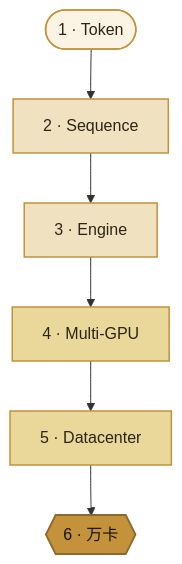
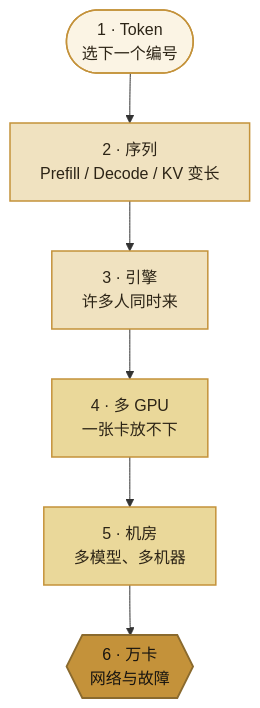
One commit to xiangel/llm-inference-course changed the fifth of 5 diagrams in src/content/docs/00-introduction.mdx. Above: the diagram before and after it, drawn with Mermaid. The commit also changed other lines of this file, not shown here.

````diff
--- a/src/content/docs/00-introduction.mdx
+++ b/src/content/docs/00-introduction.mdx
@@ -178,13 +327,13 @@
 ```mermaid
 flowchart TB
   classDef client fill:#fbf4e4,stroke:#c4923a,color:#2c2416,stroke-width:1.5px
   classDef control fill:#f0e2c0,stroke:#c4923a,color:#2c2416,stroke-width:1.5px
   classDef compute fill:#ead89a,stroke:#c4923a,color:#2c2416,stroke-width:1.5px
   classDef device fill:#c4923a,stroke:#8a6a2e,color:#171410,stroke-width:1.8px
 
-  T(["1 · Token"]):::client --> S["2 · Sequence"]:::control
-  S --> E["3 · Engine"]:::control
-  E --> MG["4 · Multi-GPU"]:::compute
-  MG --> DC["5 · Datacenter"]:::compute
-  DC --> WK{{"6 · 万卡"}}:::device
+  T(["1 · Token<br/>选下一个编号"]):::client --> S["2 · 序列<br/>Prefill / Decode / KV 变长"]:::control
+  S --> E["3 · 引擎<br/>许多人同时来"]:::control
+  E --> MG["4 · 多 GPU<br/>一张卡放不下"]:::compute
+  MG --> DC["5 · 机房<br/>多模型、多机器"]:::compute
+  DC --> WK{{"6 · 万卡<br/>网络与故障"}}:::device
 ```
````
